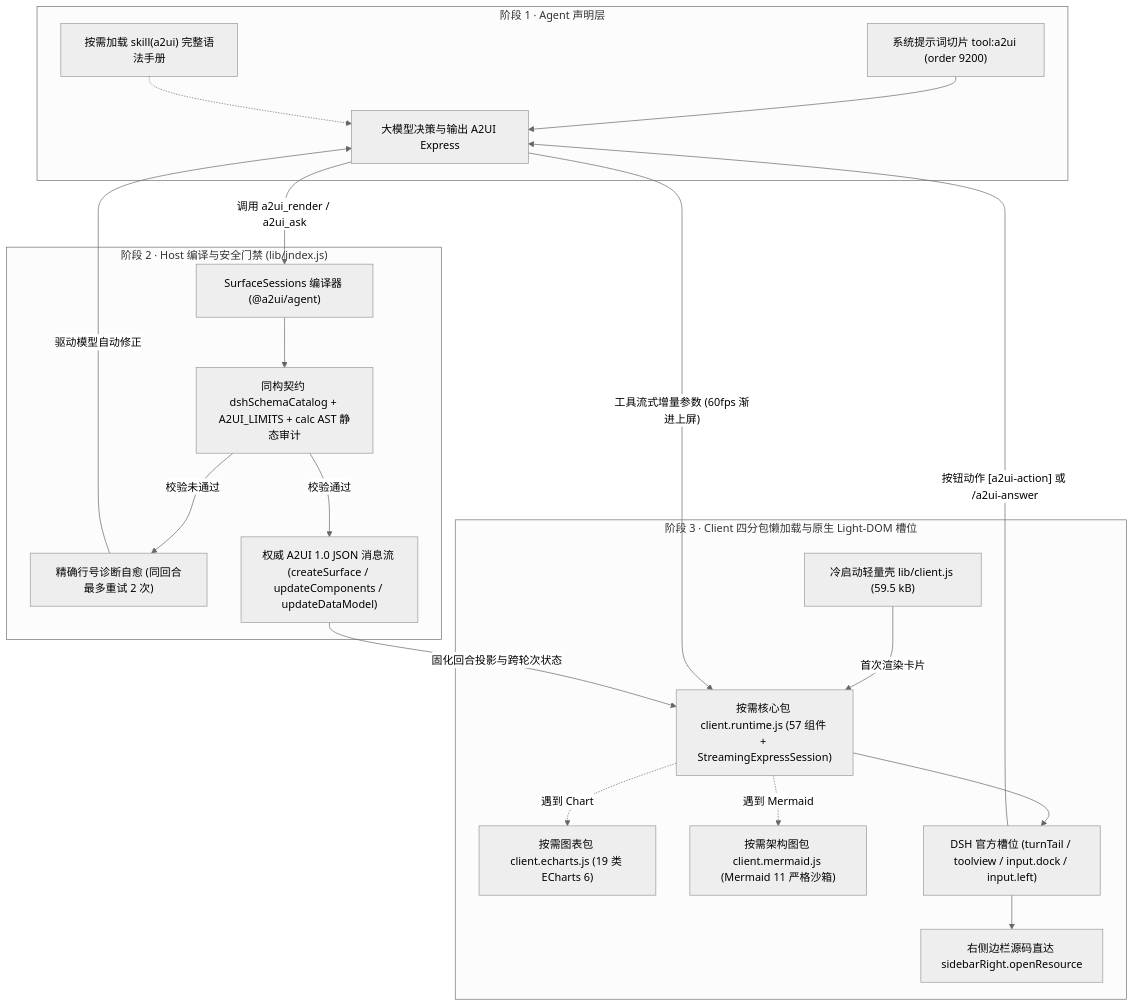
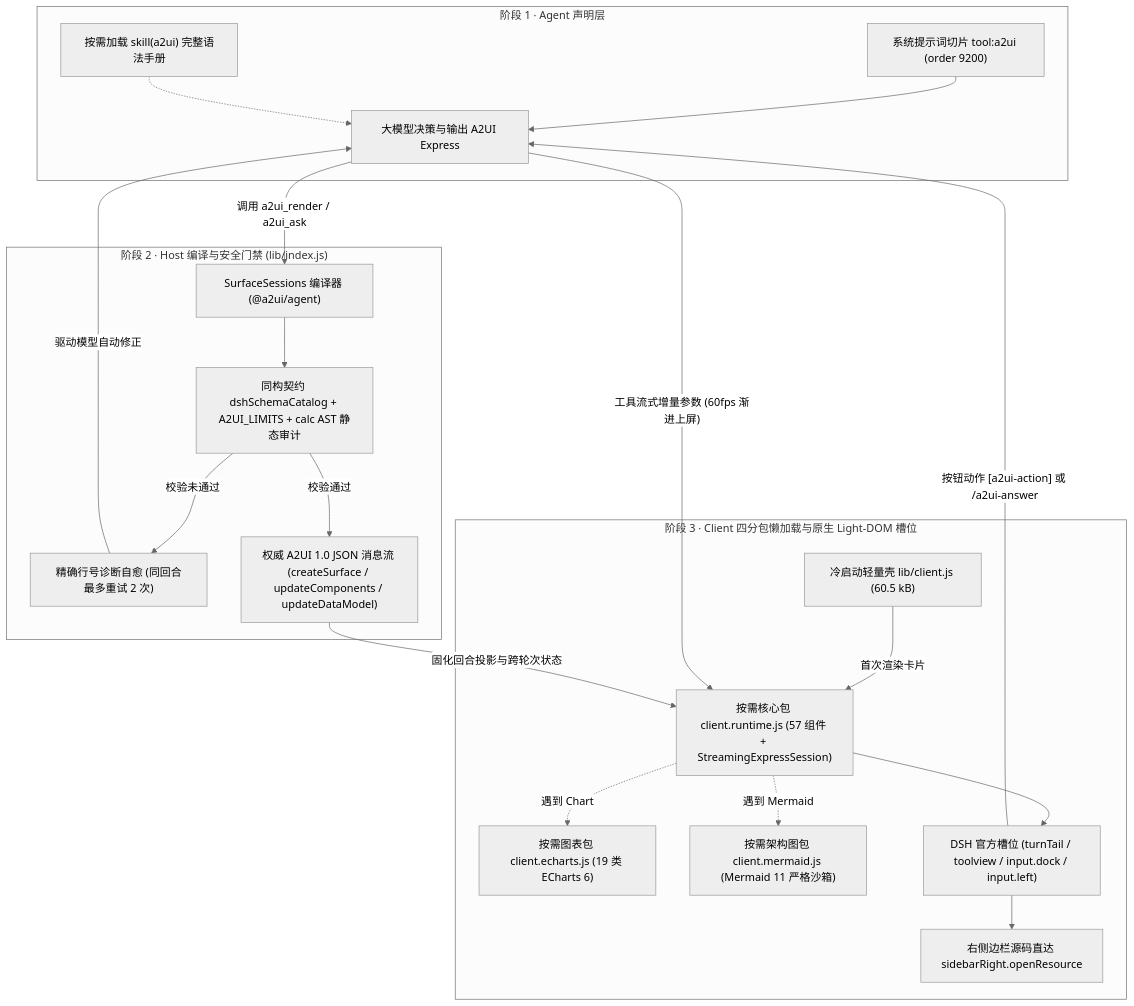
One commit to Geekhyt/dsh-genui-a2ui changed the diagram in docs/DEVELOPMENT.zh-CN.md. Above: the diagram before and after it, drawn with Mermaid (neutral theme). The commit also changed other lines of this file and 23 other files, not shown here.

````diff
--- a/docs/DEVELOPMENT.zh-CN.md
+++ b/docs/DEVELOPMENT.zh-CN.md
@@ -17,40 +17,40 @@
 ```mermaid
 flowchart TB
   subgraph S1["阶段 1 · Agent 声明层"]
     P["系统提示词切片 tool:a2ui (order 9200)"]
     SK["按需加载 skill(a2ui) 完整语法手册"]
     LLM["大模型决策与输出 A2UI Express"]
     P --> LLM
     SK -.-> LLM
   end
 
   subgraph S2["阶段 2 · Host 编译与安全门禁 (lib/index.js)"]
     COMP["SurfaceSessions 编译器 (@a2ui/agent)"]
     ZOD["同构契约 dshSchemaCatalog + A2UI_LIMITS + calc AST 静态审计"]
     REPAIR["精确行号诊断自愈 (同回合最多重试 2 次)"]
     WIRE["权威 A2UI 1.0 JSON 消息流 (createSurface / updateComponents / updateDataModel)"]
     COMP --> ZOD
     ZOD -->|"校验未通过"| REPAIR
     REPAIR -->|"驱动模型自动修正"| LLM
     ZOD -->|"校验通过"| WIRE
   end
 
   subgraph S3["阶段 3 · Client 四分包懒加载与原生 Light-DOM 槽位"]
-    SHELL["冷启动轻量壳 lib/client.js (59.5 kB)"]
+    SHELL["冷启动轻量壳 lib/client.js (60.5 kB)"]
     RT["按需核心包 client.runtime.js (57 组件 + StreamingExpressSession)"]
     EC["按需图表包 client.echarts.js (19 类 ECharts 6)"]
     MM["按需架构图包 client.mermaid.js (Mermaid 11 严格沙箱)"]
     SLOTS["DSH 官方槽位 (turnTail / toolview / input.dock / input.left)"]
     SIDE["右侧边栏源码直达 sidebarRight.openResource"]
     SHELL -->|"首次渲染卡片"| RT
     RT -.->|"遇到 Chart"| EC
     RT -.->|"遇到 Mermaid"| MM
     RT --> SLOTS
     SLOTS --> SIDE
   end
 
   LLM -->|"工具流式增量参数 (60fps 渐进上屏)"| RT
   LLM -->|"调用 a2ui_render / a2ui_ask"| COMP
   WIRE -->|"固化回合投影与跨轮次状态"| RT
   SLOTS -->|"按钮动作 [a2ui-action] 或 /a2ui-answer"| LLM
 ```
````
